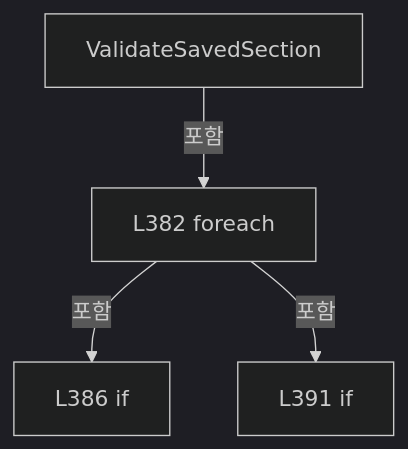
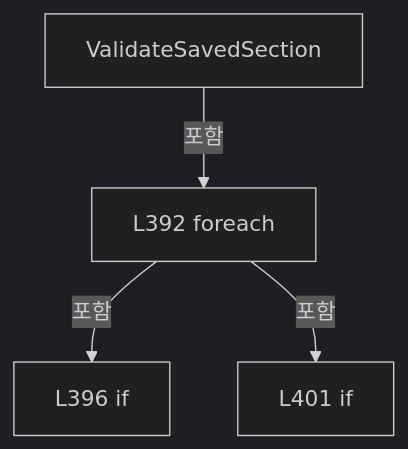
One commit to kjuws10-rgb/Shared changed the eighth of 17 diagrams in A3 LD Code Ref/files/Drilling.File/JHMI/CSettingFile.cs.md. Above: the diagram before and after it, drawn with Mermaid (dark theme). The commit also changed other lines of this file and 2071 other files, not shown here.

Commit message:
docs(a3): update 11.19.0 architecture and code reference

````diff
--- a/A3 LD Code Ref/files/Drilling.File/JHMI/CSettingFile.cs.md
+++ b/A3 LD Code Ref/files/Drilling.File/JHMI/CSettingFile.cs.md
@@ -1690,10 +1700,10 @@
 ```mermaid
 flowchart TD
  M["ValidateSavedSection"]
- N0["L382 foreach"]
+ N0["L392 foreach"]
  M -->|포함| N0
- N1["L386 if"]
+ N1["L396 if"]
  N0 -->|포함| N1
- N2["L391 if"]
+ N2["L401 if"]
  N0 -->|포함| N2
 ```
````
